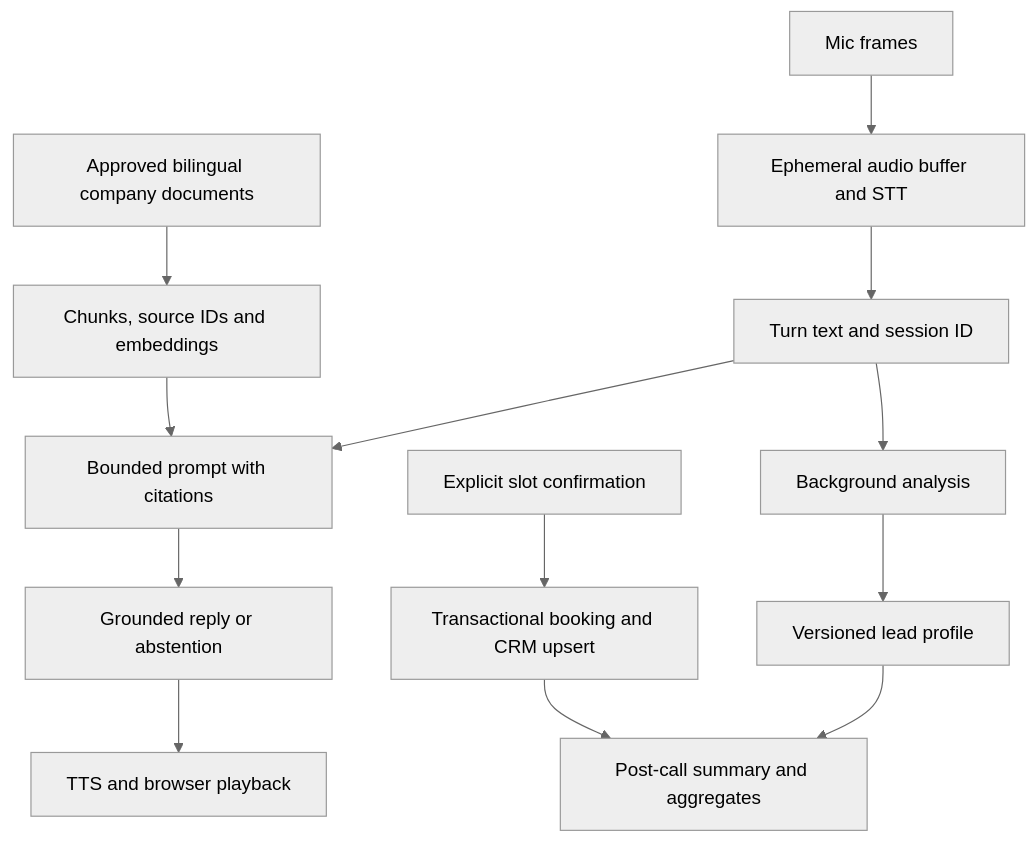
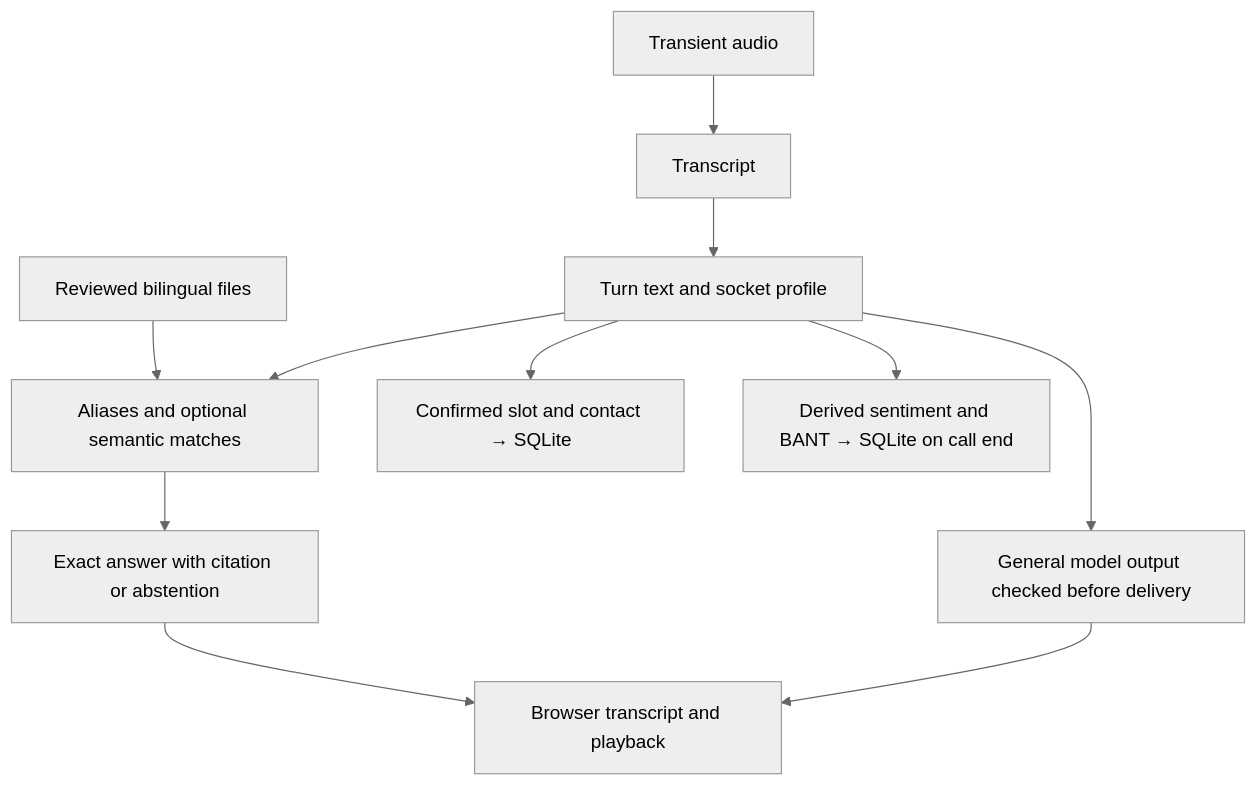
The third of 3 diagrams in docs/ARCHITECTURE.md (UJJWAL16895/FortivexAI), drawn with Mermaid (neutral theme) before and after one commit. The commit also changed other lines of this file and 21 other files, not shown here.

````diff
--- a/docs/ARCHITECTURE.md
+++ b/docs/ARCHITECTURE.md
@@ -89,15 +59,13 @@
 ```mermaid
 flowchart TD
-    AUDIO["Mic frames"] --> STT["Ephemeral audio buffer and STT"]
-    STT --> TURN["Turn text and session ID"]
-    KB["Approved bilingual company documents"] --> IDX["Chunks, source IDs and embeddings"]
-    IDX --> PROMPT["Bounded prompt with citations"]
-    TURN --> PROMPT
-    PROMPT --> REPLY["Grounded reply or abstention"]
-    TURN --> ANALYSIS["Background analysis"]
-    ANALYSIS --> PROFILE["Versioned lead profile"]
-    REPLY --> PLAYER["TTS and browser playback"]
-    CONF["Explicit slot confirmation"] --> TX["Transactional booking and CRM upsert"]
-    TX --> SUMMARY["Post-call summary and aggregates"]
-    PROFILE --> SUMMARY
+    WAV["Transient audio"] --> TXT["Transcript"]
+    TXT --> TURN["Turn text and socket profile"]
+    CARDS["Reviewed bilingual files"] --> MATCH["Aliases and optional semantic matches"]
+    TURN --> MATCH
+    MATCH --> OUT["Exact answer with citation or abstention"]
+    TURN --> GUARD["General model output checked before delivery"]
+    OUT --> UI["Browser transcript and playback"]
+    GUARD --> UI
+    TURN --> CRM["Confirmed slot and contact → SQLite"]
+    TURN --> ANALYSIS["Derived sentiment and BANT → SQLite on call end"]
 ```
````
